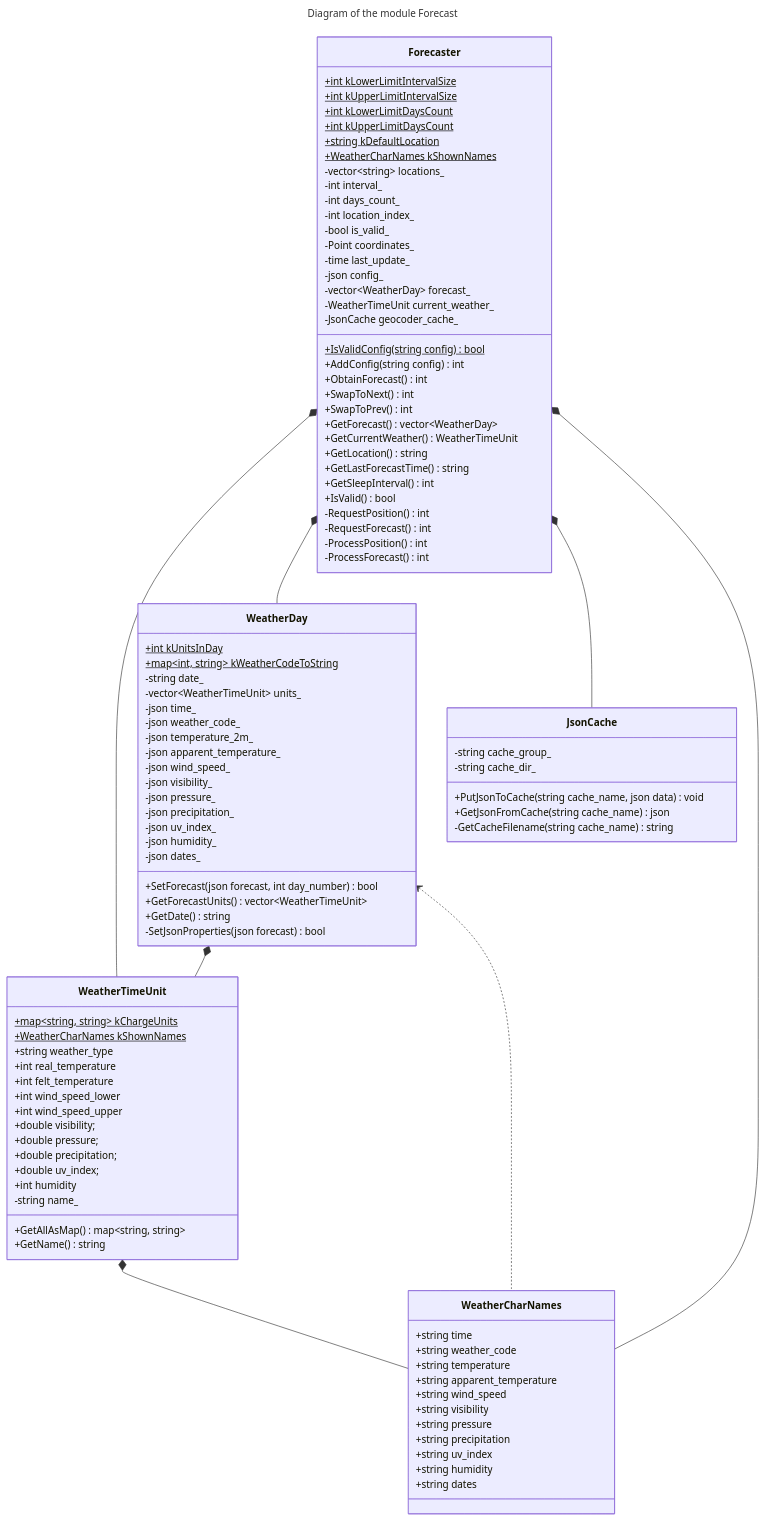
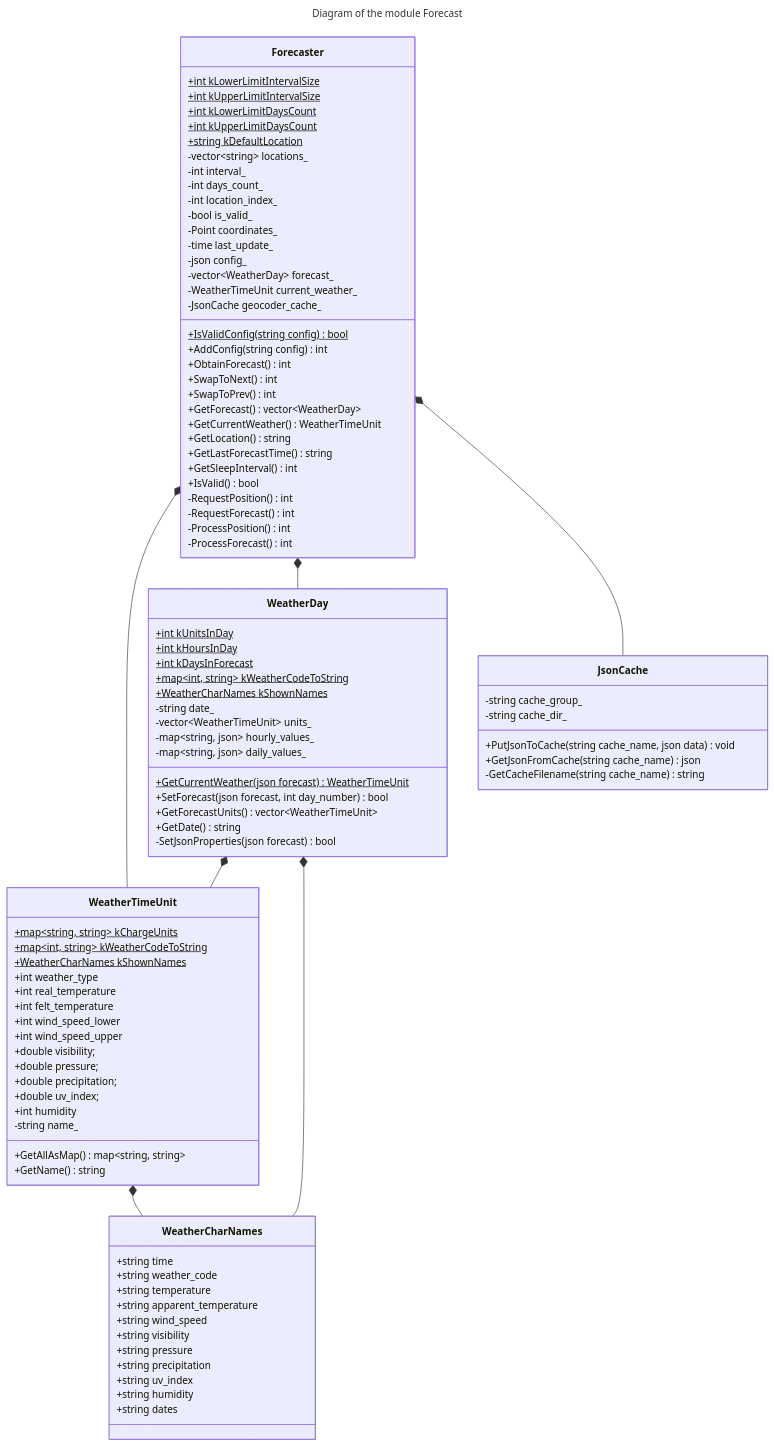
One commit to bialger/weather-forecast changed the third of 4 diagrams in docs/dev/architecture.md. Above: the diagram before and after it, drawn with Mermaid.

Commit message:
Final WeatherDay-related Forecast UML update

````diff
--- a/docs/dev/architecture.md
+++ b/docs/dev/architecture.md
@@ -117,7 +117,6 @@
     +int kLowerLimitDaysCount$
     +int kUpperLimitDaysCount$
     +string kDefaultLocation$
-    +WeatherCharNames kShownNames$
     -vector~string~ locations_
     -int interval_
     -int days_count_
@@ -154,20 +153,15 @@
   }
   class WeatherDay {
     +int kUnitsInDay$
+    +int kHoursInDay$
+    +int kDaysInForecast$
     +map~int, string~ kWeatherCodeToString$
+    +WeatherCharNames kShownNames$
     -string date_
     -vector~WeatherTimeUnit~ units_
-    -json time_
-    -json weather_code_
-    -json temperature_2m_
-    -json apparent_temperature_
-    -json wind_speed_
-    -json visibility_
-    -json pressure_
-    -json precipitation_
-    -json uv_index_
-    -json humidity_
-    -json dates_
+    -map~string, json~ hourly_values_
+    -map~string, json~ daily_values_
+    +GetCurrentWeather(json forecast)$ WeatherTimeUnit
     +SetForecast(json forecast, int day_number) bool
     +GetForecastUnits() vector~WeatherTimeUnit~
     +GetDate() string
@@ -175,8 +169,9 @@
   }
   class WeatherTimeUnit {
     +map~string, string~ kChargeUnits$
+    +map~int, string~ kWeatherCodeToString$
     +WeatherCharNames kShownNames$
-    +string weather_type
+    +int weather_type
     +int real_temperature
     +int felt_temperature
     +int wind_speed_lower
@@ -206,8 +201,7 @@
   Forecaster *-- WeatherTimeUnit
   Forecaster *-- WeatherDay
   Forecaster *-- JsonCache
-  Forecaster *-- WeatherCharNames
   WeatherDay *-- WeatherTimeUnit
-  WeatherDay <.. WeatherCharNames
+  WeatherDay *-- WeatherCharNames
   WeatherTimeUnit *-- WeatherCharNames
 ```
````
